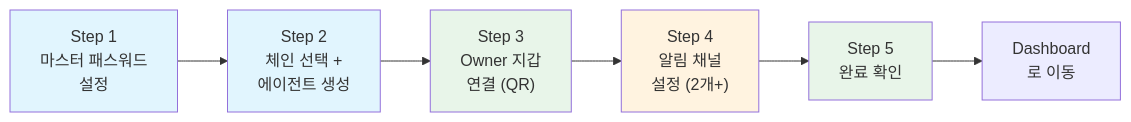
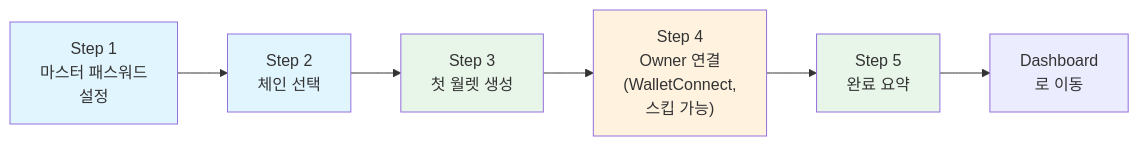
The fifth of 8 diagrams in internal/design/39-tauri-desktop-architecture.md (minhoyoo-iotrust/WAIaaS), drawn with Mermaid before and after one commit. The commit also changed other lines of this file, not shown here.

````diff
--- a/internal/design/39-tauri-desktop-architecture.md
+++ b/internal/design/39-tauri-desktop-architecture.md
@@ -1204,14 +976,14 @@
 ```mermaid
 graph LR
-    S1["Step 1<br/>마스터 패스워드<br/>설정"] --> S2["Step 2<br/>체인 선택 +<br/>에이전트 생성"]
-    S2 --> S3["Step 3<br/>Owner 지갑<br/>연결 (QR)"]
-    S3 --> S4["Step 4<br/>알림 채널<br/>설정 (2개+)"]
-    S4 --> S5["Step 5<br/>완료 확인"]
+    S1["Step 1<br/>마스터 패스워드<br/>설정"] --> S2["Step 2<br/>체인 선택"]
+    S2 --> S3["Step 3<br/>첫 월렛 생성"]
+    S3 --> S4["Step 4<br/>Owner 연결<br/>(WalletConnect,<br/>스킵 가능)"]
+    S4 --> S5["Step 5<br/>완료 요약"]
     S5 --> Dashboard["Dashboard<br/>로 이동"]
 
     style S1 fill:#e1f5fe
     style S2 fill:#e1f5fe
     style S3 fill:#e8f5e9
     style S4 fill:#fff3e0
     style S5 fill:#e8f5e9
 ```
````
